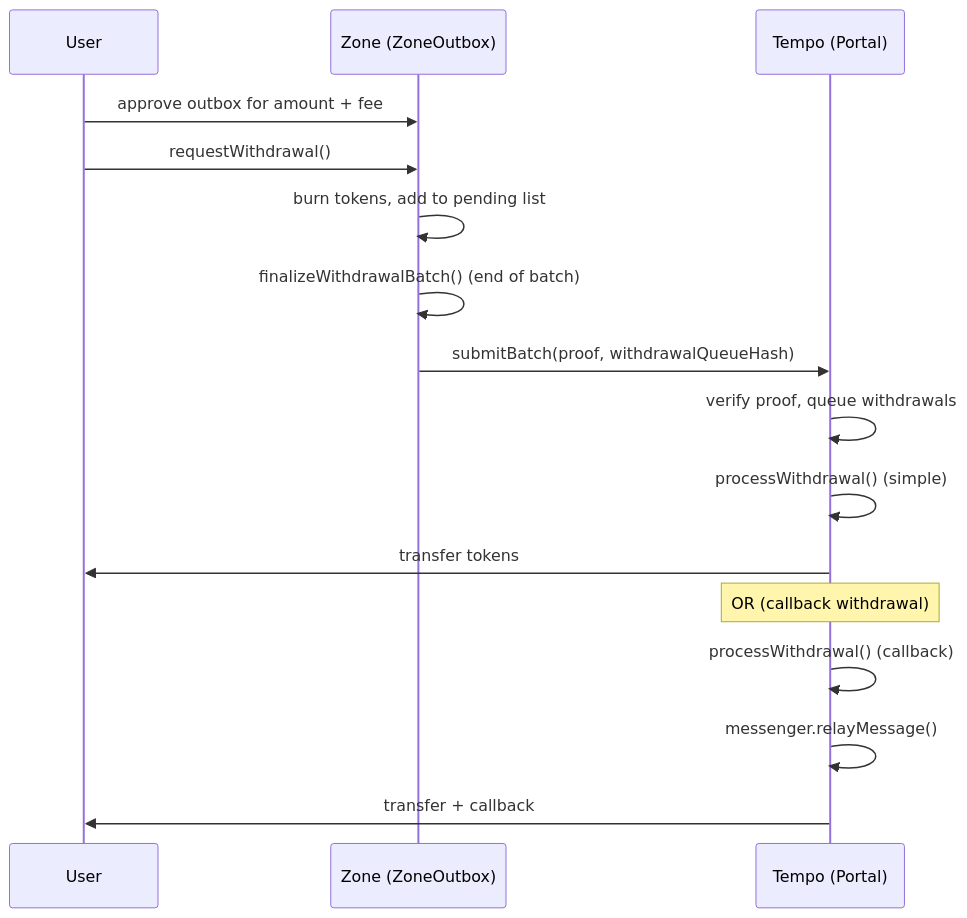
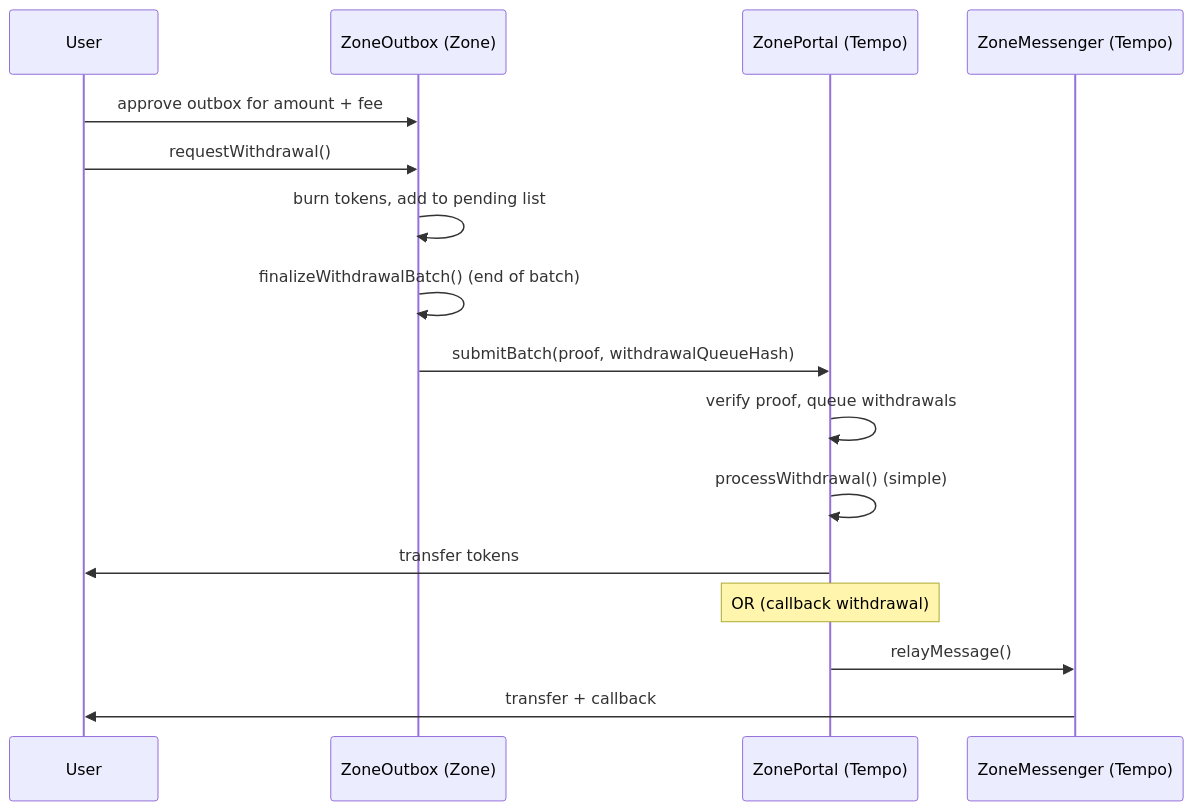
The third of 3 diagrams in docs/specs/zone_spec.md (tempoxyz/zones), drawn with Mermaid before and after one commit. The commit also changed other lines of this file, not shown here.

Commit message:
docs: deposit, withdrawal sequence diagram

````diff
--- a/docs/specs/zone_spec.md
+++ b/docs/specs/zone_spec.md
@@ -351,22 +379,22 @@
 ```mermaid
 sequenceDiagram
     participant User
-    participant Zone as Zone (ZoneOutbox)
-    participant Portal as Tempo (Portal)
+    participant ZoneOutbox as ZoneOutbox (Zone)
+    participant ZonePortal as ZonePortal (Tempo)
+    participant ZoneMessenger as ZoneMessenger (Tempo)
 
-    User->>Zone: approve outbox for amount + fee
-    User->>Zone: requestWithdrawal()
-    Zone->>Zone: burn tokens, add to pending list
+    User->>ZoneOutbox: approve outbox for amount + fee
+    User->>ZoneOutbox: requestWithdrawal()
+    ZoneOutbox->>ZoneOutbox: burn tokens, add to pending list
 
-    Zone->>Zone: finalizeWithdrawalBatch() (end of batch)
-    Zone->>Portal: submitBatch(proof, withdrawalQueueHash)
-    Portal->>Portal: verify proof, queue withdrawals
+    ZoneOutbox->>ZoneOutbox: finalizeWithdrawalBatch() (end of batch)
+    ZoneOutbox->>ZonePortal: submitBatch(proof, withdrawalQueueHash)
+    ZonePortal->>ZonePortal: verify proof, queue withdrawals
 
-    Portal->>Portal: processWithdrawal() (simple)
-    Portal->>User: transfer tokens
+    ZonePortal->>ZonePortal: processWithdrawal() (simple)
+    ZonePortal->>User: transfer tokens
 
-    Note over Portal: OR (callback withdrawal)
-    Portal->>Portal: processWithdrawal() (callback)
-    Portal->>Portal: messenger.relayMessage()
-    Portal->>User: transfer + callback
+    Note over ZonePortal: OR (callback withdrawal)
+    ZonePortal->>ZoneMessenger: relayMessage()
+    ZoneMessenger->>User: transfer + callback
 ```
````
